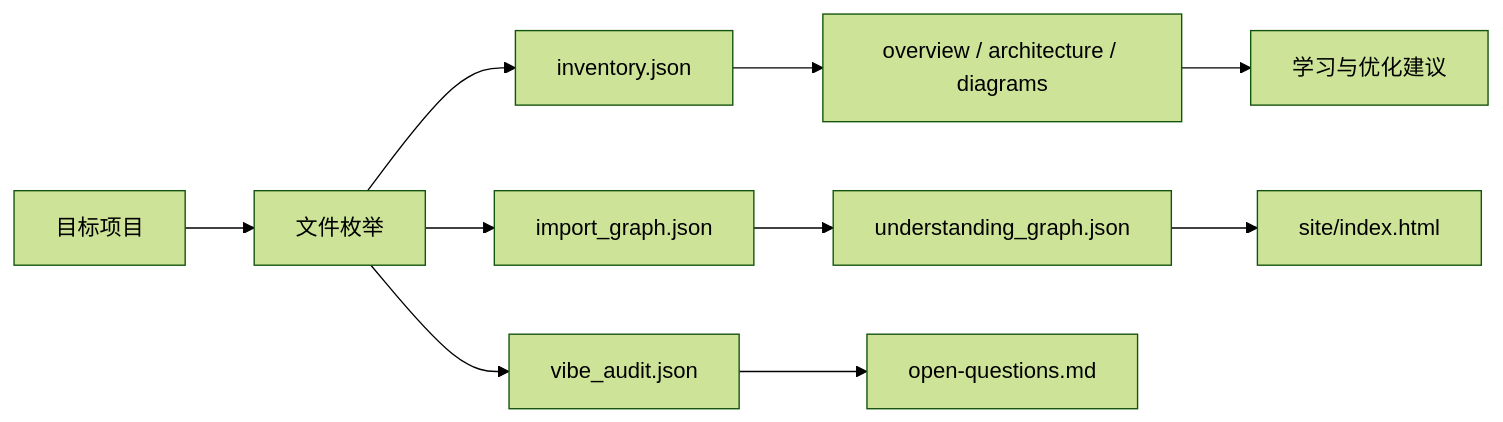
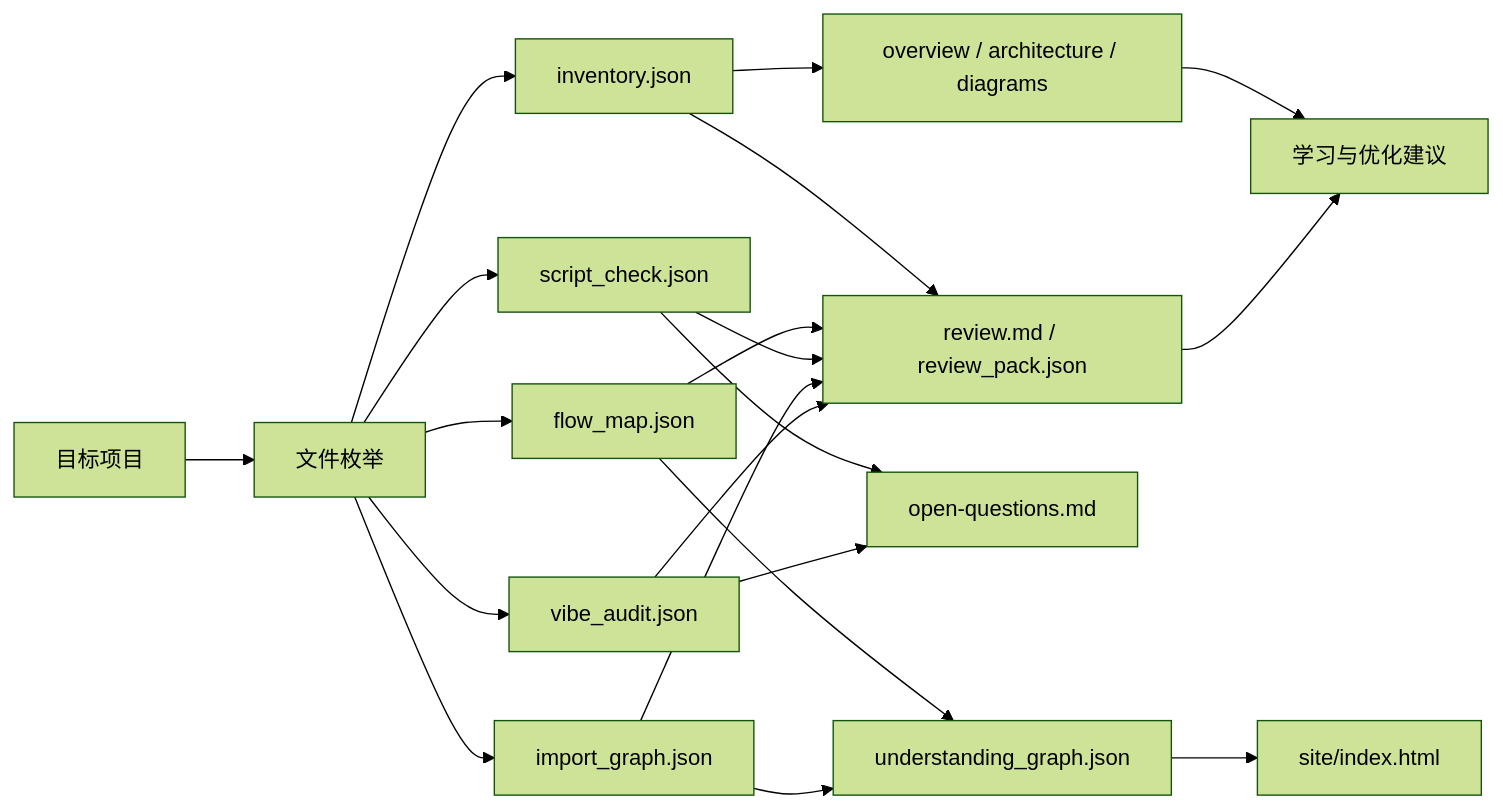
The second of 2 diagrams in docs/ARCHITECTURE.md (hongzhiyin/CodeAnalyst), drawn with Mermaid (forest theme) before and after one commit. The commit also changed other lines of this file and 53 other files, not shown here.

````diff
--- a/docs/ARCHITECTURE.md
+++ b/docs/ARCHITECTURE.md
@@ -81,12 +116,22 @@
 ```mermaid
 flowchart LR
   Target[目标项目] --> Files[文件枚举]
   Files --> InventoryJSON[inventory.json]
+  Files --> FlowJSON[flow_map.json]
+  Files --> ScriptJSON[script_check.json]
   Files --> ImportJSON[import_graph.json]
   Files --> AuditJSON[vibe_audit.json]
   InventoryJSON --> Markdown[overview / architecture / diagrams]
+  FlowJSON --> Graph[understanding_graph.json]
+  ScriptJSON --> Questions[open-questions.md]
   ImportJSON --> Graph[understanding_graph.json]
   AuditJSON --> Questions[open-questions.md]
+  InventoryJSON --> Review[review.md / review_pack.json]
+  FlowJSON --> Review
+  ScriptJSON --> Review
+  ImportJSON --> Review
+  AuditJSON --> Review
   Markdown --> User[学习与优化建议]
+  Review --> User
   Graph --> Site[site/index.html]
 ```
````
